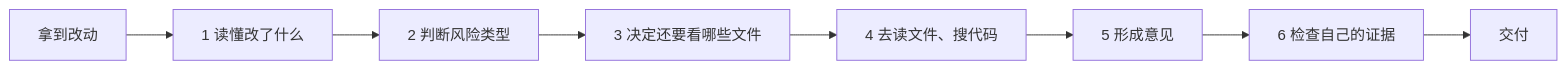
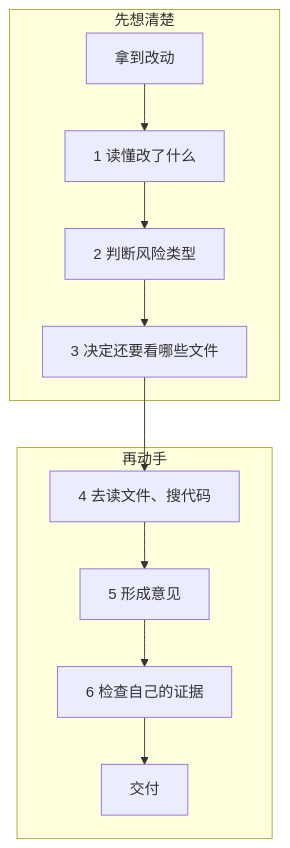
The first of 5 diagrams in .scratch/blog/03-白话版-让AI帮你审代码怎么才能不瞎审.md (ffanwei/ReviewAgent-pi), drawn with Mermaid before and after one commit. The commit also changed other lines of this file and 16 other files, not shown here.

First line of the commit message:
docs(blog): 为三篇博客补充 14 张 Mermaid 流程图 PNG

````diff
--- a/.scratch/blog/03-白话版-让AI帮你审代码怎么才能不瞎审.md
+++ b/.scratch/blog/03-白话版-让AI帮你审代码怎么才能不瞎审.md
@@ -42,10 +42,14 @@
 ```mermaid
-flowchart LR
-  A[拿到改动] --> B[1 读懂改了什么]
-  B --> C[2 判断风险类型]
-  C --> D[3 决定还要看哪些文件]
-  D --> E[4 去读文件、搜代码]
-  E --> F[5 形成意见]
-  F --> G[6 检查自己的证据]
-  G --> H[交付]
+flowchart TB
+  subgraph 先想清楚
+    A[拿到改动] --> B[1 读懂改了什么]
+    B --> C[2 判断风险类型]
+    C --> D[3 决定还要看哪些文件]
+  end
+  subgraph 再动手
+    E[4 去读文件、搜代码] --> F[5 形成意见]
+    F --> G[6 检查自己的证据]
+    G --> H[交付]
+  end
+  D --> E
 ```
````
